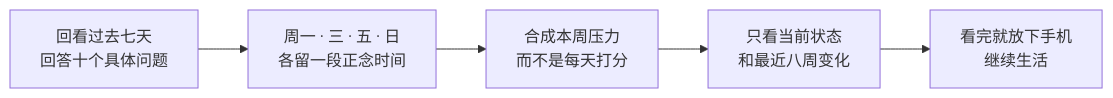
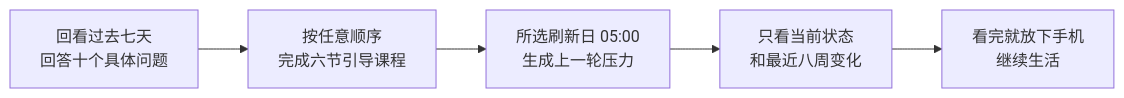
The diagram in README.zh-CN.md (howyoungchen/NeuroTrack), drawn with Mermaid before and after one commit. The commit also changed other lines of this file and 42 other files, not shown here.

````diff
--- a/README.zh-CN.md
+++ b/README.zh-CN.md
@@ -62,7 +62,7 @@
 ```mermaid
 flowchart LR
-    A["回看过去七天<br/>回答十个具体问题"] --> B["周一 · 三 · 五 · 日<br/>各留一段正念时间"]
-    B --> C["合成本周压力<br/>而不是每天打分"]
+    A["回看过去七天<br/>回答十个具体问题"] --> B["按任意顺序<br/>完成六节引导课程"]
+    B --> C["所选刷新日 05:00<br/>生成上一轮压力"]
     C --> D["只看当前状态<br/>和最近八周变化"]
     D --> E["看完就放下手机<br/>继续生活"]
 ```
````
